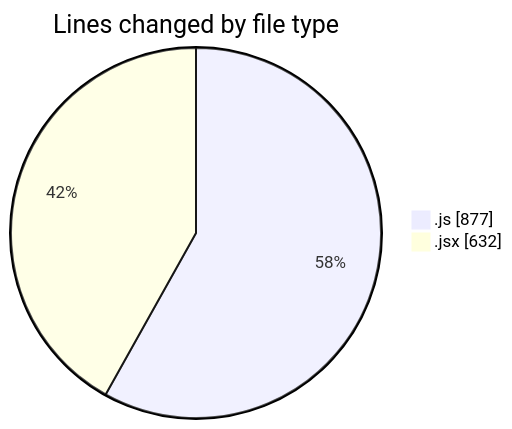
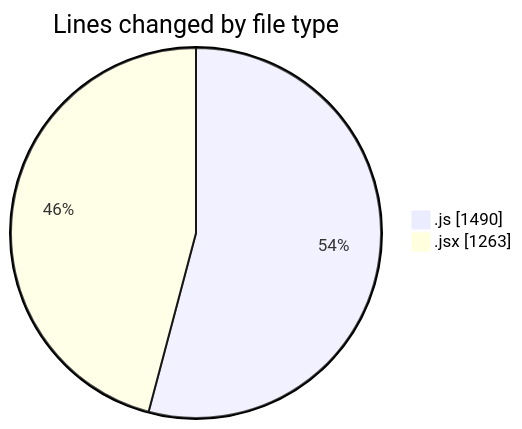
The first of 2 diagrams in 2026-01-15/nxtqube_webapp/README.md (nxtqubesakshisongat/code-tracking), drawn with Mermaid before and after one commit. The commit also changed other lines of this file and 1 other file, not shown here.

````diff
--- a/2026-01-15/nxtqube_webapp/README.md
+++ b/2026-01-15/nxtqube_webapp/README.md
@@ -23,6 +23,6 @@
 ```mermaid
 pie showData
 title Lines changed by file type
-".js" : 877
-".jsx" : 632
+".js" : 1490
+".jsx" : 1263
 ```
````
